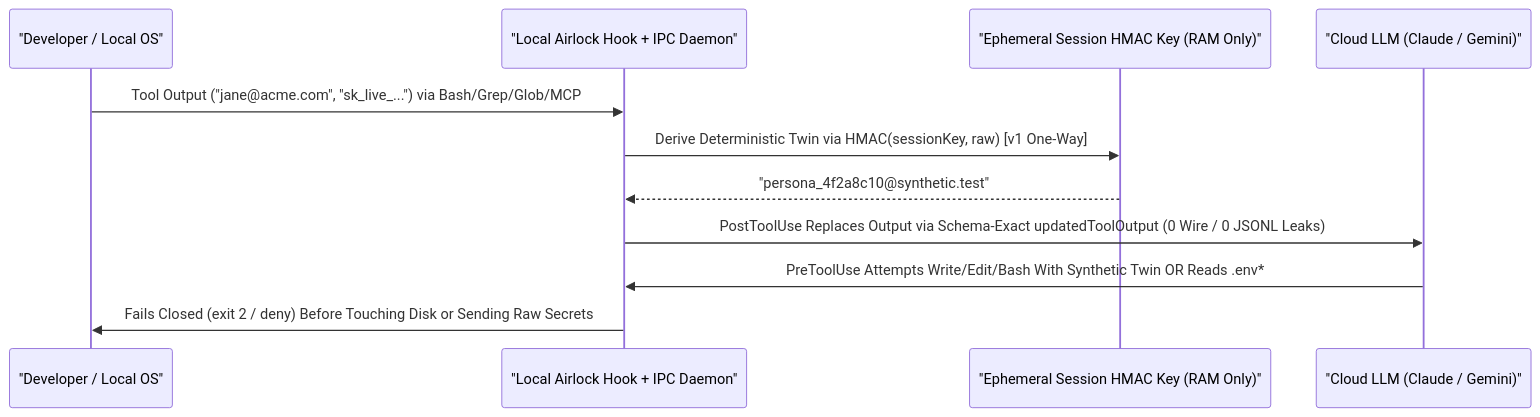
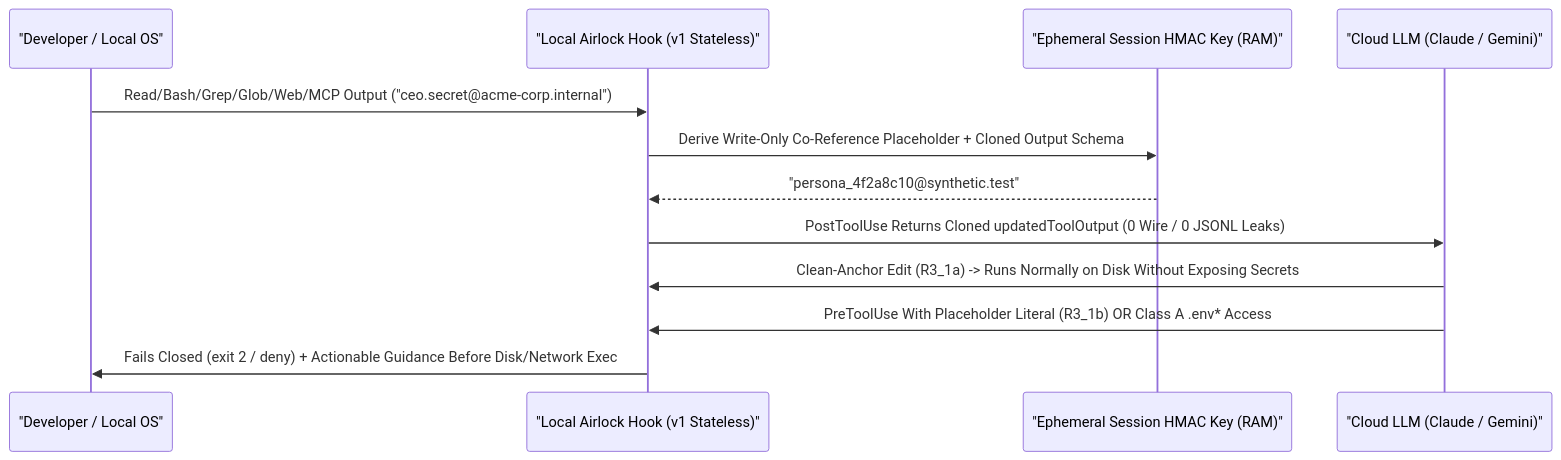
The diagram in docs/HIGHBEAM_AIRLOCK_360_EVALUATION.md (Gizzant/context-horizon), drawn with Mermaid before and after one commit. The commit also changed other lines of this file and 9 other files, not shown here.

Commit message:
fix(ci): seed synthetic session in E2E suite on clean runners and harden Linux /tmp checks

````diff
--- a/docs/HIGHBEAM_AIRLOCK_360_EVALUATION.md
+++ b/docs/HIGHBEAM_AIRLOCK_360_EVALUATION.md
@@ -116,14 +107,15 @@
 ```mermaid
 sequenceDiagram
     participant Dev as "Developer / Local OS"
-    participant Hook as "Local Airlock Hook + IPC Daemon"
-    participant Vault as "Ephemeral Session HMAC Key (RAM Only)"
+    participant Hook as "Local Airlock Hook (v1 Stateless)"
+    participant HMAC as "Ephemeral Session HMAC Key (RAM)"
     participant LLM as "Cloud LLM (Claude / Gemini)"
 
-    Dev->>Hook: Tool Output ("jane@acme.com", "sk_live_...") via Bash/Grep/Glob/MCP
-    Hook->>Vault: Derive Deterministic Twin via HMAC(sessionKey, raw) [v1 One-Way]
-    Vault-->>Hook: "persona_4f2a8c10@synthetic.test"
-    Hook->>LLM: PostToolUse Replaces Output via Schema-Exact updatedToolOutput (0 Wire / 0 JSONL Leaks)
-    LLM->>Hook: PreToolUse Attempts Write/Edit/Bash With Synthetic Twin OR Reads .env*
-    Hook->>Dev: Fails Closed (exit 2 / deny) Before Touching Disk or Sending Raw Secrets
+    Dev->>Hook: Read/Bash/Grep/Glob/Web/MCP Output ("ceo.secret@acme-corp.internal")
+    Hook->>HMAC: Derive Write-Only Co-Reference Placeholder + Cloned Output Schema
+    HMAC-->>Hook: "persona_4f2a8c10@synthetic.test"
+    Hook->>LLM: PostToolUse Returns Cloned updatedToolOutput (0 Wire / 0 JSONL Leaks)
+    LLM->>Hook: Clean-Anchor Edit (R3_1a) -> Runs Normally on Disk Without Exposing Secrets
+    LLM->>Hook: PreToolUse With Placeholder Literal (R3_1b) OR Class A .env* Access
+    Hook->>Dev: Fails Closed (exit 2 / deny) + Actionable Guidance Before Disk/Network Exec
 ```
````
